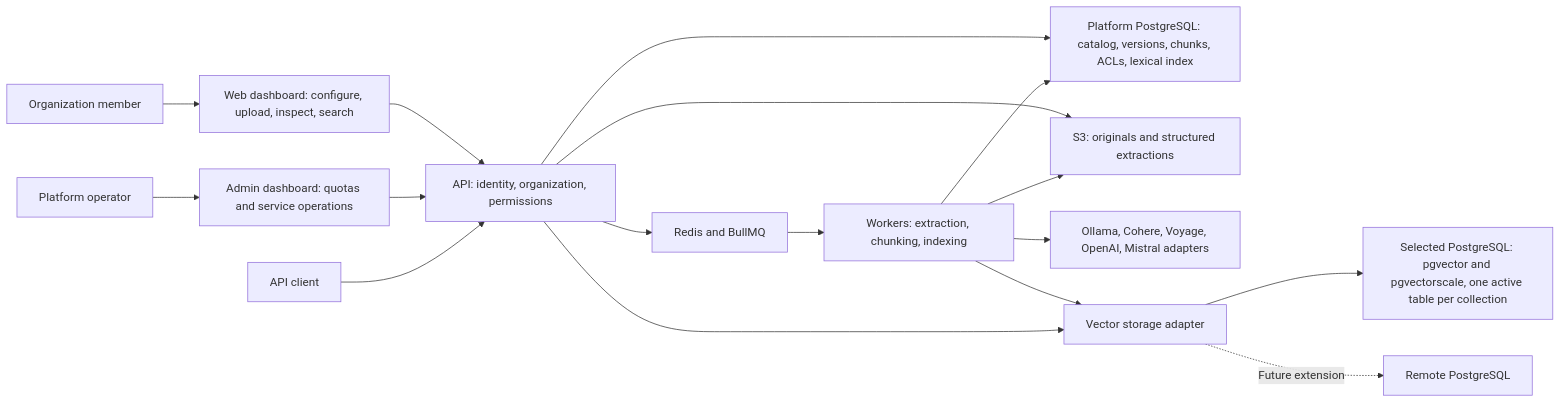
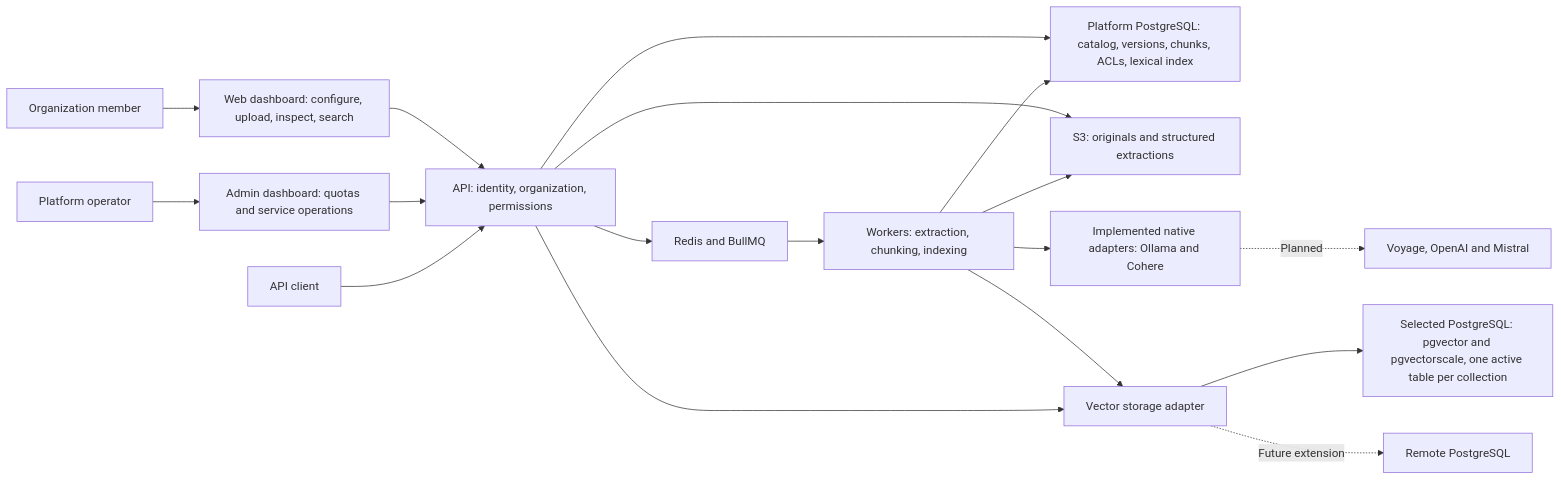
One commit to SimonLoir/vectorix changed the first of 5 diagrams in docs/rag-implementation-plan.md. Above: the diagram before and after it, drawn with Mermaid. The commit also changed other lines of this file and 43 other files, not shown here.

Commit message:
feat(rag): add native Cohere indexing and search

````diff
--- a/docs/rag-implementation-plan.md
+++ b/docs/rag-implementation-plan.md
@@ -24,19 +24,20 @@
 ```mermaid
 flowchart LR
     U["Organization member"] --> WEB["Web dashboard: configure, upload, inspect, search"]
     OP["Platform operator"] --> ADMIN["Admin dashboard: quotas and service operations"]
     WEB --> API["API: identity, organization, permissions"]
     ADMIN --> API
     CLIENT["API client"] --> API
     API --> APP["Platform PostgreSQL: catalog, versions, chunks, ACLs, lexical index"]
     API --> S3["S3: originals and structured extractions"]
     API --> QUEUE["Redis and BullMQ"]
     QUEUE --> WORKER["Workers: extraction, chunking, indexing"]
     WORKER --> APP
     WORKER --> S3
-    WORKER --> EMB["Ollama, Cohere, Voyage, OpenAI, Mistral adapters"]
+    WORKER --> EMB["Implemented native adapters: Ollama and Cohere"]
+    EMB -. "Planned" .-> MORE["Voyage, OpenAI and Mistral"]
     WORKER --> VS["Vector storage adapter"]
     API --> VS
     VS --> PG["Selected PostgreSQL: pgvector and pgvectorscale, one active table per collection"]
     VS -. "Future extension" .-> REMOTE["Remote PostgreSQL"]
 ```
````
